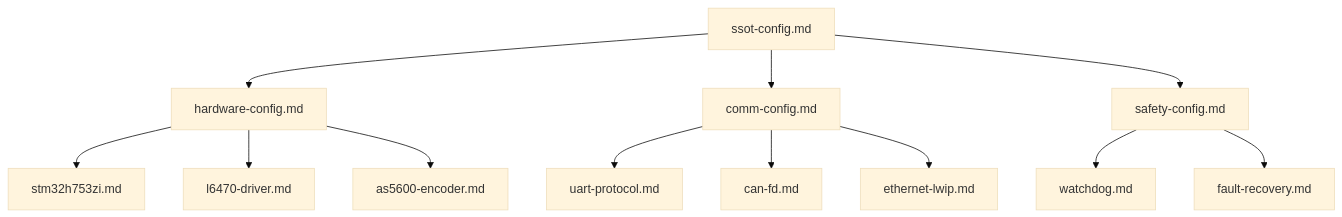
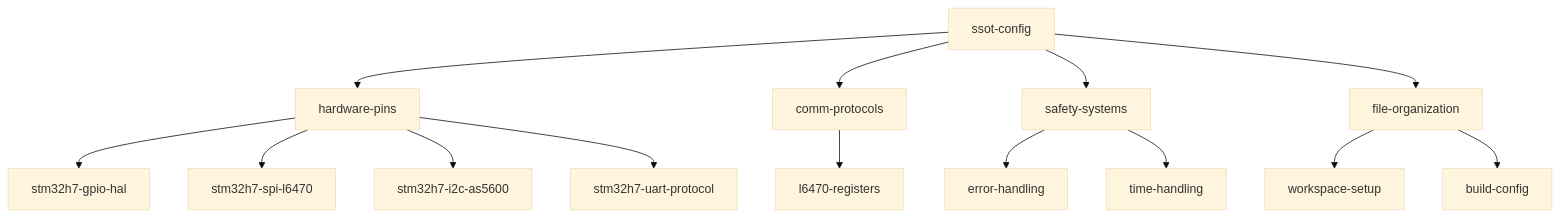
One commit to ch0t4nk/stm32h753zi changed the diagram in .github/instructions/README.md. Above: the diagram before and after it, drawn with Mermaid (base theme). The commit also changed other lines of this file and 6 other files, not shown here.

````diff
--- a/.github/instructions/README.md
+++ b/.github/instructions/README.md
@@ -49,14 +63,16 @@
 ```mermaid
 graph TD
-    A[ssot-config.md] --> B[hardware-config.md]
-    A --> C[comm-config.md]
-    A --> D[safety-config.md]
-    B --> E[stm32h753zi.md]
-    B --> F[l6470-driver.md]
-    B --> G[as5600-encoder.md]
-    C --> H[uart-protocol.md]
-    C --> I[can-fd.md]
-    C --> J[ethernet-lwip.md]
-    D --> K[watchdog.md]
-    D --> L[fault-recovery.md]
+    A[ssot-config] --> B[hardware-pins]
+    A --> C[comm-protocols]
+    A --> D[safety-systems]
+    A --> E[file-organization]
+    B --> F[stm32h7-gpio-hal]
+    B --> G[stm32h7-spi-l6470]
+    B --> H[stm32h7-i2c-as5600]
+    B --> I[stm32h7-uart-protocol]
+    C --> J[l6470-registers]
+    D --> K[error-handling]
+    D --> L[time-handling]
+    E --> M[workspace-setup]
+    E --> N[build-config]
 ```
````
